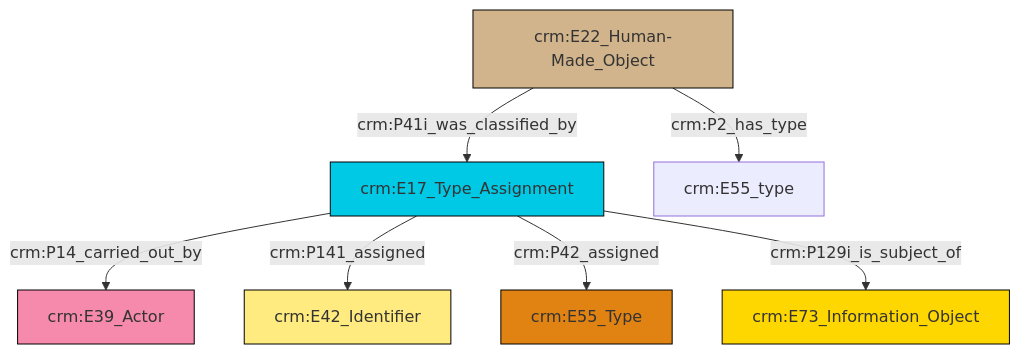
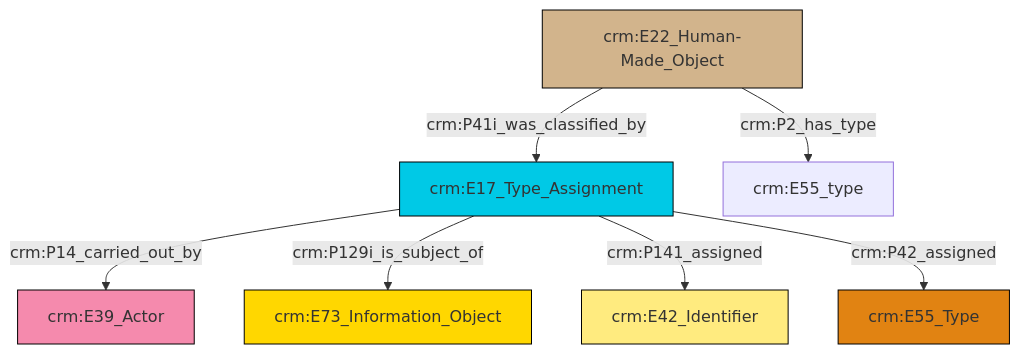
One commit to swiss-art-research-net/reference-data-models changed the diagram in et/builtWorkCSV/ttl/mmd/Built_Work_designation_status.ttl.mmd. Above: the diagram before and after it, drawn with Mermaid. The commit also changed 128 other files, not shown here.

```diff
--- a/et/builtWorkCSV/ttl/mmd/Built_Work_designation_status.ttl.mmd
+++ b/et/builtWorkCSV/ttl/mmd/Built_Work_designation_status.ttl.mmd
@@ -1,21 +1,21 @@
 graph TD
 classDef Literal fill:#f2f2f2,stroke:#000000;
 classDef CRM_Entity fill:#FFFFFF,stroke:#000000;
 classDef Temporal_Entity fill:#00C9E6, stroke:#000000;
 classDef Type fill:#E18312, stroke:#000000;
 classDef Time-Span fill:#2C9C91, stroke:#000000;
 classDef Appellation fill:#FFEB7F, stroke:#000000;
 classDef Place fill:#008836, stroke:#000000;
 classDef Persistent_Item fill:#B266B2, stroke:#000000;
 classDef Conceptual_Object fill:#FFD700, stroke:#000000;
 classDef Physical_Thing fill:#D2B48C, stroke:#000000;
 classDef Actor fill:#f58aad, stroke:#000000;
 classDef PC_Classes fill:#4ce600, stroke:#000000;
 classDef Multi fill:#cccccc,stroke:#000000;
 
 0["crm:E17_Type_Assignment"]:::Temporal_Entity -->|crm:P14_carried_out_by| 1["crm:E39_Actor"]:::Actor
-0["crm:E17_Type_Assignment"]:::Temporal_Entity -->|crm:P141_assigned| 2["crm:E42_Identifier"]:::Appellation
-4["crm:E22_Human-Made_Object"]:::Physical_Thing -->|crm:P2_has_type| 5["crm:E55_type"]:::Default
-4["crm:E22_Human-Made_Object"]:::Physical_Thing -->|crm:P41i_was_classified_by| 0["crm:E17_Type_Assignment"]:::Temporal_Entity
-0["crm:E17_Type_Assignment"]:::Temporal_Entity -->|crm:P42_assigned| 10["crm:E55_Type"]:::Type
-0["crm:E17_Type_Assignment"]:::Temporal_Entity -->|crm:P129i_is_subject_of| 7["crm:E73_Information_Object"]:::Conceptual_Object
+0["crm:E17_Type_Assignment"]:::Temporal_Entity -->|crm:P129i_is_subject_of| 6["crm:E73_Information_Object"]:::Conceptual_Object
+0["crm:E17_Type_Assignment"]:::Temporal_Entity -->|crm:P141_assigned| 4["crm:E42_Identifier"]:::Appellation
+2["crm:E22_Human-Made_Object"]:::Physical_Thing -->|crm:P2_has_type| 11["crm:E55_type"]:::Default
+0["crm:E17_Type_Assignment"]:::Temporal_Entity -->|crm:P42_assigned| 7["crm:E55_Type"]:::Type
+2["crm:E22_Human-Made_Object"]:::Physical_Thing -->|crm:P41i_was_classified_by| 0["crm:E17_Type_Assignment"]:::Temporal_Entity
```
